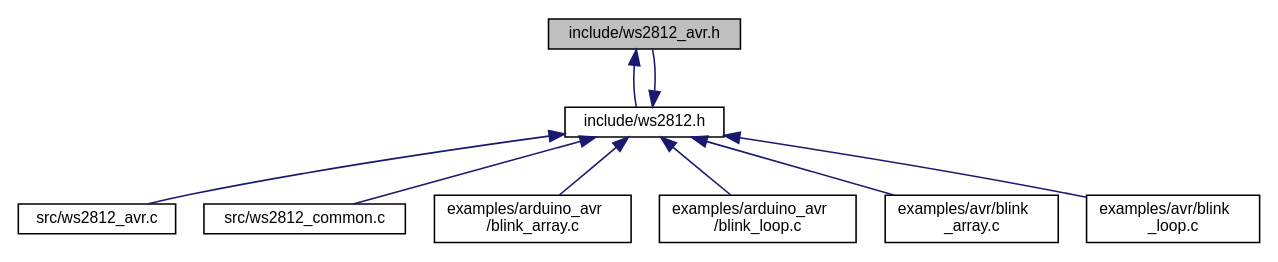
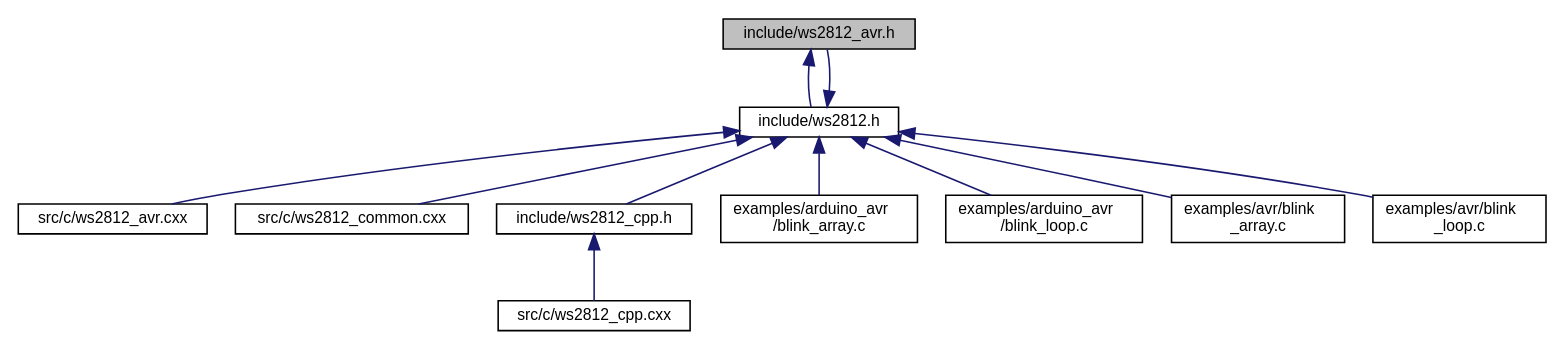
The diagram in docs/ws2812__avr_8h__dep__incl.dot (CTXz/TinyWS2812), drawn with Graphviz before and after one commit. The commit also changed 79 other files, not shown here.

```diff
--- a/docs/ws2812__avr_8h__dep__incl.dot
+++ b/docs/ws2812__avr_8h__dep__incl.dot
@@ -1,22 +1,26 @@
 digraph "include/ws2812_avr.h"
 {
  // LATEX_PDF_SIZE
   edge [fontname="Helvetica",fontsize="10",labelfontname="Helvetica",labelfontsize="10"];
   node [fontname="Helvetica",fontsize="10",shape=record];
   Node1 [label="include/ws2812_avr.h",height=0.2,width=0.4,color="black", fillcolor="grey75", style="filled", fontcolor="black",tooltip="Provides AVR platform specific definitions."];
   Node1 -> Node2 [dir="back",color="midnightblue",fontsize="10",style="solid",fontname="Helvetica"];
   Node2 [label="include/ws2812.h",height=0.2,width=0.4,color="black", fillcolor="white", style="filled",URL="$ws2812_8h.html",tooltip="Exposes the Tiny-WS2812 library interface."];
   Node2 -> Node3 [dir="back",color="midnightblue",fontsize="10",style="solid",fontname="Helvetica"];
-  Node3 [label="src/ws2812_avr.c",height=0.2,width=0.4,color="black", fillcolor="white", style="filled",URL="$ws2812__avr_8c.html",tooltip="Driver code for AVR chips."];
+  Node3 [label="src/c/ws2812_avr.cxx",height=0.2,width=0.4,color="black", fillcolor="white", style="filled",URL="$ws2812__avr_8cxx_source.html",tooltip=" "];
   Node2 -> Node4 [dir="back",color="midnightblue",fontsize="10",style="solid",fontname="Helvetica"];
-  Node4 [label="src/ws2812_common.c",height=0.2,width=0.4,color="black", fillcolor="white", style="filled",URL="$ws2812__common_8c.html",tooltip="Common code shared accross all supported platforms."];
+  Node4 [label="src/c/ws2812_common.cxx",height=0.2,width=0.4,color="black", fillcolor="white", style="filled",URL="$ws2812__common_8cxx_source.html",tooltip=" "];
   Node2 -> Node1 [dir="back",color="midnightblue",fontsize="10",style="solid",fontname="Helvetica"];
   Node2 -> Node5 [dir="back",color="midnightblue",fontsize="10",style="solid",fontname="Helvetica"];
-  Node5 [label="examples/arduino_avr\l/blink_array.c",height=0.2,width=0.4,color="black", fillcolor="white", style="filled",URL="$arduino__avr_2blink__array_8c.html",tooltip="Blinks one or more WS2812 devices using a RGB array."];
-  Node2 -> Node6 [dir="back",color="midnightblue",fontsize="10",style="solid",fontname="Helvetica"];
-  Node6 [label="examples/arduino_avr\l/blink_loop.c",height=0.2,width=0.4,color="black", fillcolor="white", style="filled",URL="$arduino__avr_2blink__loop_8c.html",tooltip="Blinks one or more WS2812 devices using a more memory efficient method than the blink_array...."];
+  Node5 [label="include/ws2812_cpp.h",height=0.2,width=0.4,color="black", fillcolor="white", style="filled",URL="$ws2812__cpp_8h.html",tooltip="C++ Wrapper for the Tiny-WS2812 interface."];
+  Node5 -> Node6 [dir="back",color="midnightblue",fontsize="10",style="solid",fontname="Helvetica"];
+  Node6 [label="src/c/ws2812_cpp.cxx",height=0.2,width=0.4,color="black", fillcolor="white", style="filled",URL="$ws2812__cpp_8cxx_source.html",tooltip=" "];
   Node2 -> Node7 [dir="back",color="midnightblue",fontsize="10",style="solid",fontname="Helvetica"];
-  Node7 [label="examples/avr/blink\l_array.c",height=0.2,width=0.4,color="black", fillcolor="white", style="filled",URL="$avr_2blink__array_8c.html",tooltip="Blinks one or more WS2812 devices using a RGB array."];
+  Node7 [label="examples/arduino_avr\l/blink_array.c",height=0.2,width=0.4,color="black", fillcolor="white", style="filled",URL="$arduino__avr_2blink__array_8c.html",tooltip="Blinks one or more WS2812 devices using a RGB array."];
   Node2 -> Node8 [dir="back",color="midnightblue",fontsize="10",style="solid",fontname="Helvetica"];
-  Node8 [label="examples/avr/blink\l_loop.c",height=0.2,width=0.4,color="black", fillcolor="white", style="filled",URL="$avr_2blink__loop_8c.html",tooltip="Blinks one or more WS2812 devices using a more memory efficient method than the blink_array...."];
+  Node8 [label="examples/arduino_avr\l/blink_loop.c",height=0.2,width=0.4,color="black", fillcolor="white", style="filled",URL="$arduino__avr_2blink__loop_8c.html",tooltip="Blinks one or more WS2812 devices using a more memory efficient method than the blink_array...."];
+  Node2 -> Node9 [dir="back",color="midnightblue",fontsize="10",style="solid",fontname="Helvetica"];
+  Node9 [label="examples/avr/blink\l_array.c",height=0.2,width=0.4,color="black", fillcolor="white", style="filled",URL="$avr_2blink__array_8c.html",tooltip="Blinks one or more WS2812 devices using a RGB array."];
+  Node2 -> Node10 [dir="back",color="midnightblue",fontsize="10",style="solid",fontname="Helvetica"];
+  Node10 [label="examples/avr/blink\l_loop.c",height=0.2,width=0.4,color="black", fillcolor="white", style="filled",URL="$avr_2blink__loop_8c.html",tooltip="Blinks one or more WS2812 devices using a more memory efficient method than the blink_array...."];
 }
```
